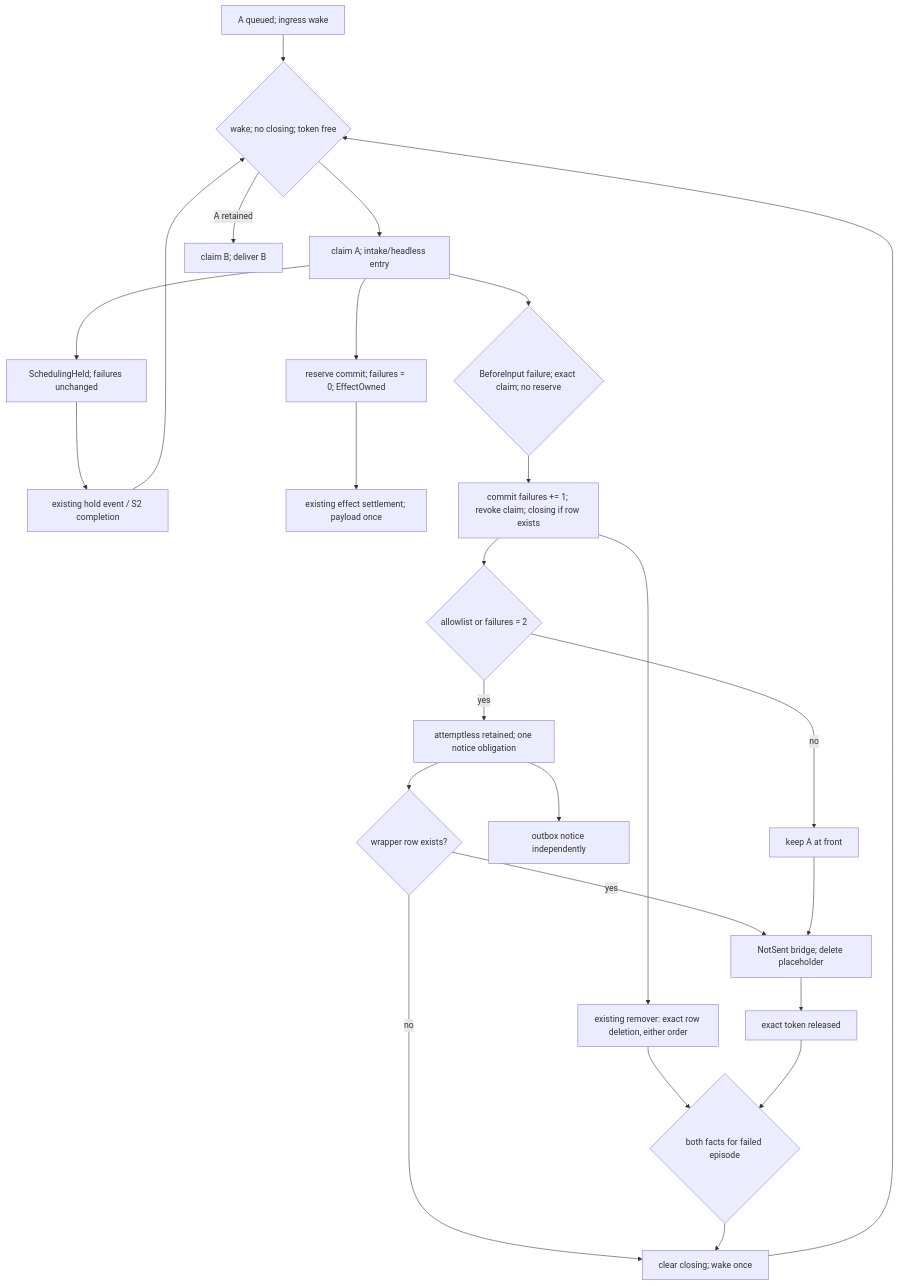
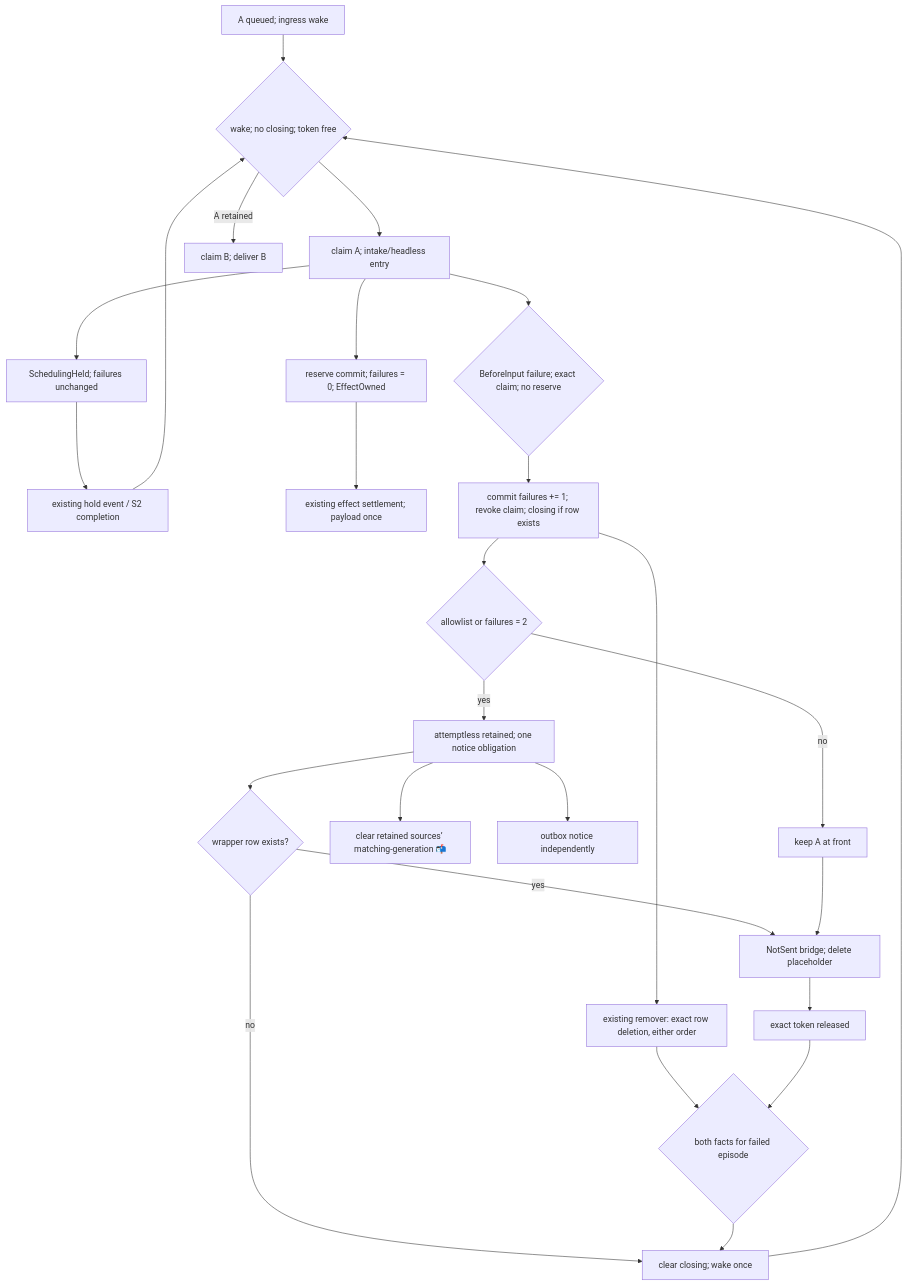
Before and after one commit to itismyfield/AgentDesk: the diagram in docs/statecharts/input-single-path/start-failure.chart.mmd, drawn with Mermaid. The commit also changed 8 other files, not shown here.

```diff
--- a/docs/statecharts/input-single-path/start-failure.chart.mmd
+++ b/docs/statecharts/input-single-path/start-failure.chart.mmd
@@ -1,25 +1,26 @@
 flowchart TD
     Q["A queued; ingress wake"] --> D{"wake; no closing; token free"}
     D --> S["claim A; intake/headless entry"]
     S --> H["SchedulingHeld; failures unchanged"]
     H --> E["existing hold event / S2 completion"]
     E --> D
     S --> R["reserve commit; failures = 0; EffectOwned"]
     R --> P["existing effect settlement; payload once"]
     S --> F{"BeforeInput failure; exact claim; no reserve"}
     F --> C["commit failures += 1; revoke claim; closing if row exists"]
     C --> K{"allowlist or failures = 2"}
     K -->|yes| T["attemptless retained; one notice obligation"]
     K -->|no| A["keep A at front"]
+    T --> V["clear retained sources’ matching-generation 📬"]
     T --> N["outbox notice independently"]
     T --> E0{"wrapper row exists?"}
     E0 -->|yes| X["NotSent bridge; delete placeholder"]
     E0 -->|no| W
     A --> X
     C --> R0["existing remover: exact row deletion, either order"]
     X --> T0["exact token released"]
     R0 --> C0{"both facts for failed episode"}
     T0 --> C0
     C0 --> W["clear closing; wake once"]
     W --> D
     D -->|A retained| B["claim B; deliver B"]
```
